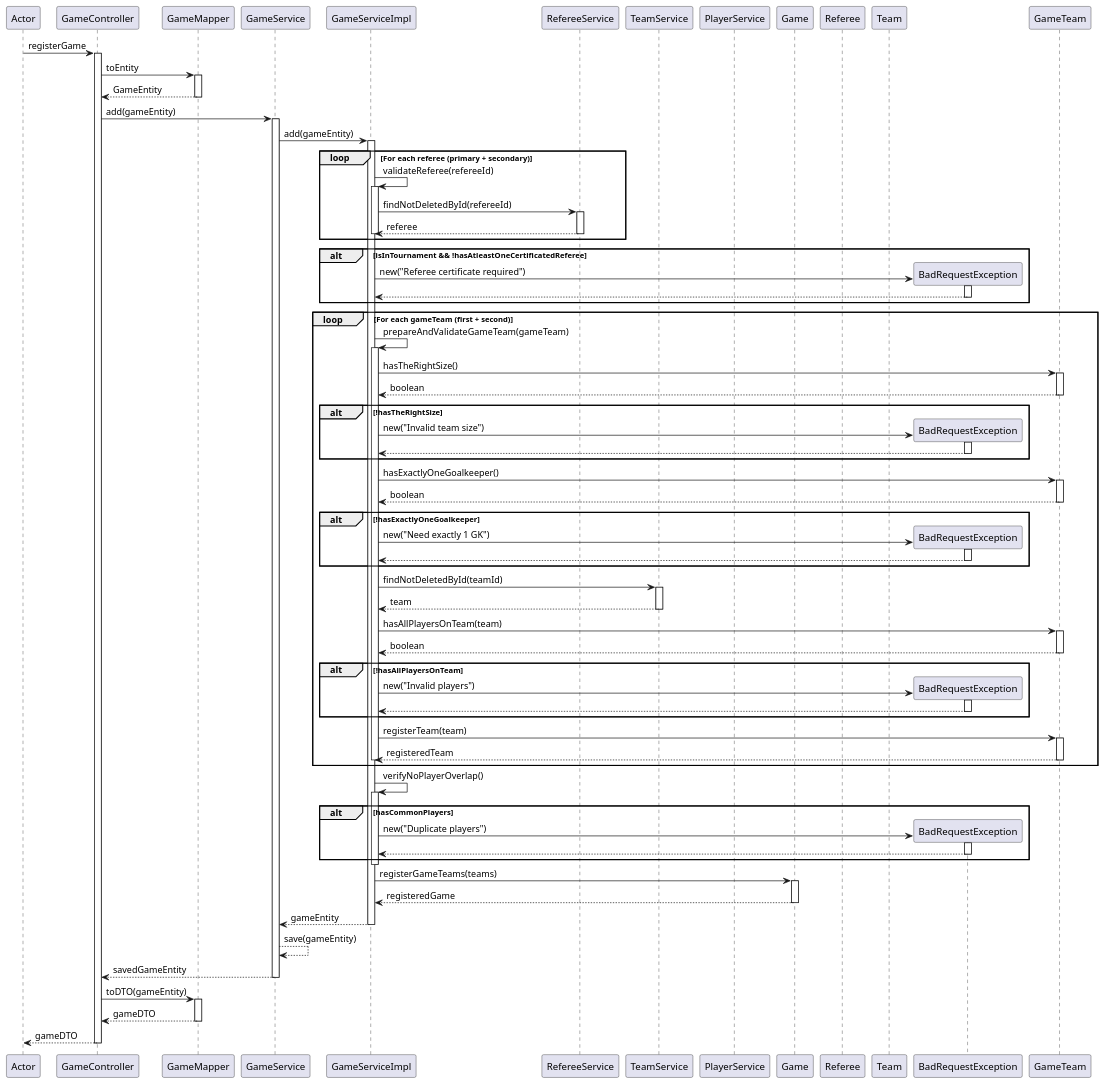
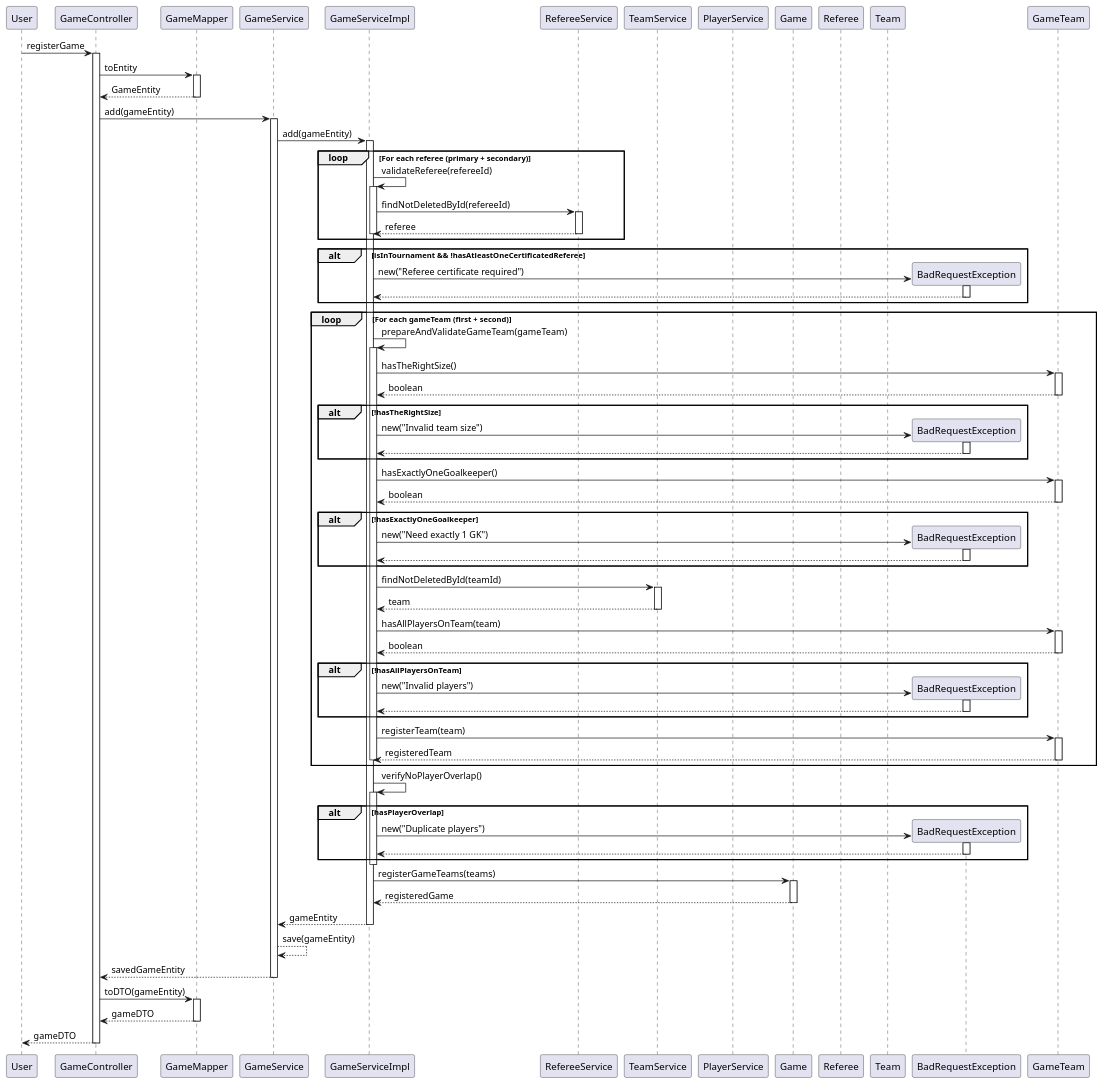
One commit to SousaTrashBin/Soccer-Now changed the diagram in SoccerNow/sequenceDiagram.puml. Above: the diagram before and after it, drawn with PlantUML. The commit also changed 1 other file, not shown here.

```diff
--- a/SoccerNow/sequenceDiagram.puml
+++ b/SoccerNow/sequenceDiagram.puml
@@ -1,137 +1,137 @@
 @startuml
-participant Actor
+participant User
 participant GameController
 participant GameMapper
 participant GameService
 participant GameServiceImpl
 participant RefereeService
 participant TeamService
 participant PlayerService
 participant Game
 participant Referee
 participant Team
 
-Actor -> GameController: registerGame
+User -> GameController: registerGame
 activate GameController
 
 GameController -> GameMapper: toEntity
 activate GameMapper
 GameMapper --> GameController: GameEntity
 deactivate GameMapper
 
 GameController -> GameService: add(gameEntity)
 activate GameService
 
 GameService -> GameServiceImpl: add(gameEntity)
 activate GameServiceImpl
 
 loop For each referee (primary + secondary)
     GameServiceImpl -> GameServiceImpl: validateReferee(refereeId)
     activate GameServiceImpl
 
     GameServiceImpl -> RefereeService: findNotDeletedById(refereeId)
     activate RefereeService
     RefereeService --> GameServiceImpl: referee
     deactivate RefereeService
 
     deactivate GameServiceImpl
 end
 
 alt isInTournament && !hasAtleastOneCertificatedReferee
         create BadRequestException
         GameServiceImpl -> BadRequestException: new("Referee certificate required")
         activate BadRequestException
         BadRequestException --> GameServiceImpl
         deactivate BadRequestException
 end
 
 loop For each gameTeam (first + second)
     GameServiceImpl -> GameServiceImpl: prepareAndValidateGameTeam(gameTeam)
     activate GameServiceImpl
 
     GameServiceImpl -> GameTeam: hasTheRightSize()
     activate GameTeam
     GameTeam --> GameServiceImpl: boolean
     deactivate GameTeam
 
     alt !hasTheRightSize
         create BadRequestException
         GameServiceImpl -> BadRequestException: new("Invalid team size")
         activate BadRequestException
         BadRequestException --> GameServiceImpl
         deactivate BadRequestException
     end
 
     GameServiceImpl -> GameTeam: hasExactlyOneGoalkeeper()
     activate GameTeam
     GameTeam --> GameServiceImpl: boolean
     deactivate GameTeam
 
     alt !hasExactlyOneGoalkeeper
         create BadRequestException
         GameServiceImpl -> BadRequestException: new("Need exactly 1 GK")
         activate BadRequestException
         BadRequestException --> GameServiceImpl
         deactivate BadRequestException
     end
 
     GameServiceImpl -> TeamService: findNotDeletedById(teamId)
     activate TeamService
     TeamService --> GameServiceImpl: team
     deactivate TeamService
 
     GameServiceImpl -> GameTeam: hasAllPlayersOnTeam(team)
     activate GameTeam
     GameTeam --> GameServiceImpl: boolean
     deactivate GameTeam
 
     alt !hasAllPlayersOnTeam
         create BadRequestException
         GameServiceImpl -> BadRequestException: new("Invalid players")
         activate BadRequestException
         BadRequestException --> GameServiceImpl
         deactivate BadRequestException
     end
 
     GameServiceImpl -> GameTeam: registerTeam(team)
     activate GameTeam
     GameTeam --> GameServiceImpl: registeredTeam
     deactivate GameTeam
 
     deactivate GameServiceImpl
 end
 
 GameServiceImpl -> GameServiceImpl: verifyNoPlayerOverlap()
 activate GameServiceImpl
 
-alt hasCommonPlayers
+alt hasPlayerOverlap
     create BadRequestException
     GameServiceImpl -> BadRequestException: new("Duplicate players")
     activate BadRequestException
     BadRequestException --> GameServiceImpl
     deactivate BadRequestException
 end
 
 deactivate GameServiceImpl
 
 GameServiceImpl -> Game: registerGameTeams(teams)
 activate Game
 Game --> GameServiceImpl: registeredGame
 deactivate Game
 
 GameServiceImpl --> GameService: gameEntity
 deactivate GameServiceImpl
 
 GameService --> GameService : save(gameEntity)
 GameService --> GameController: savedGameEntity
 deactivate GameService
 
 GameController -> GameMapper: toDTO(gameEntity)
 activate GameMapper
 GameMapper --> GameController: gameDTO
 deactivate GameMapper
 
-GameController --> Actor: gameDTO
+GameController --> User: gameDTO
 deactivate GameController
 
 @enduml
```
